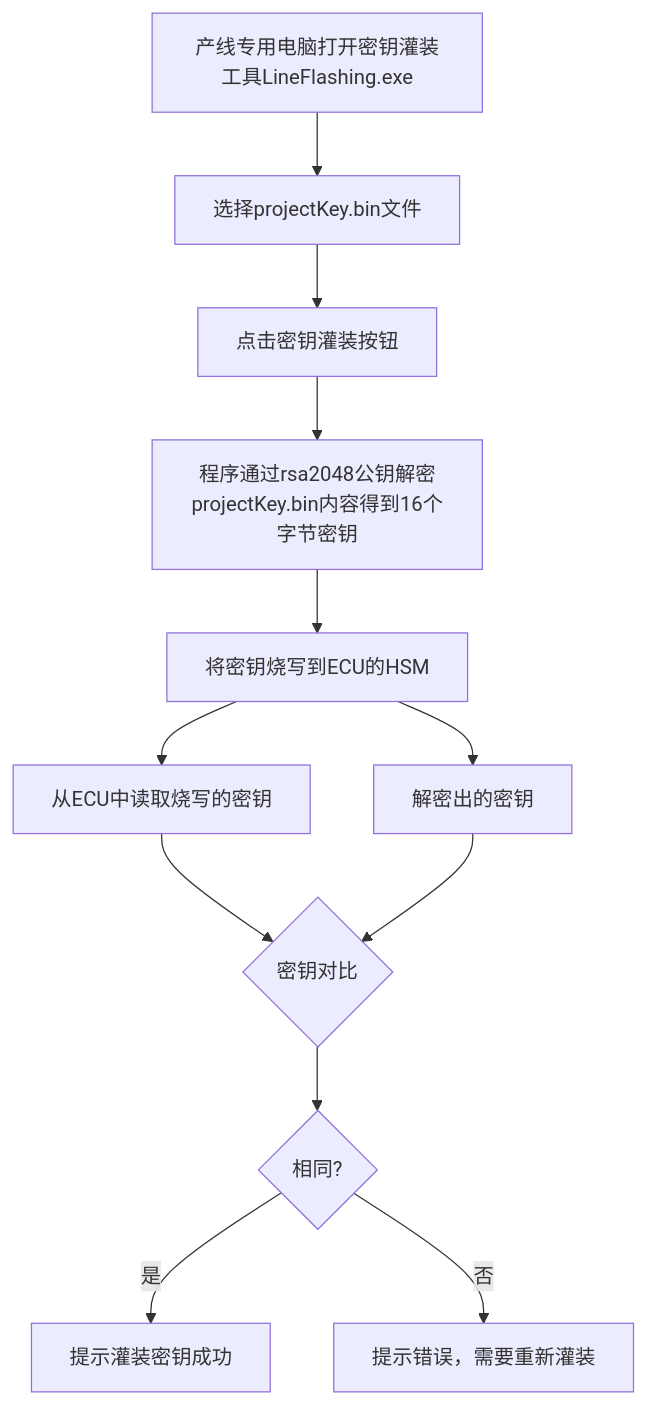
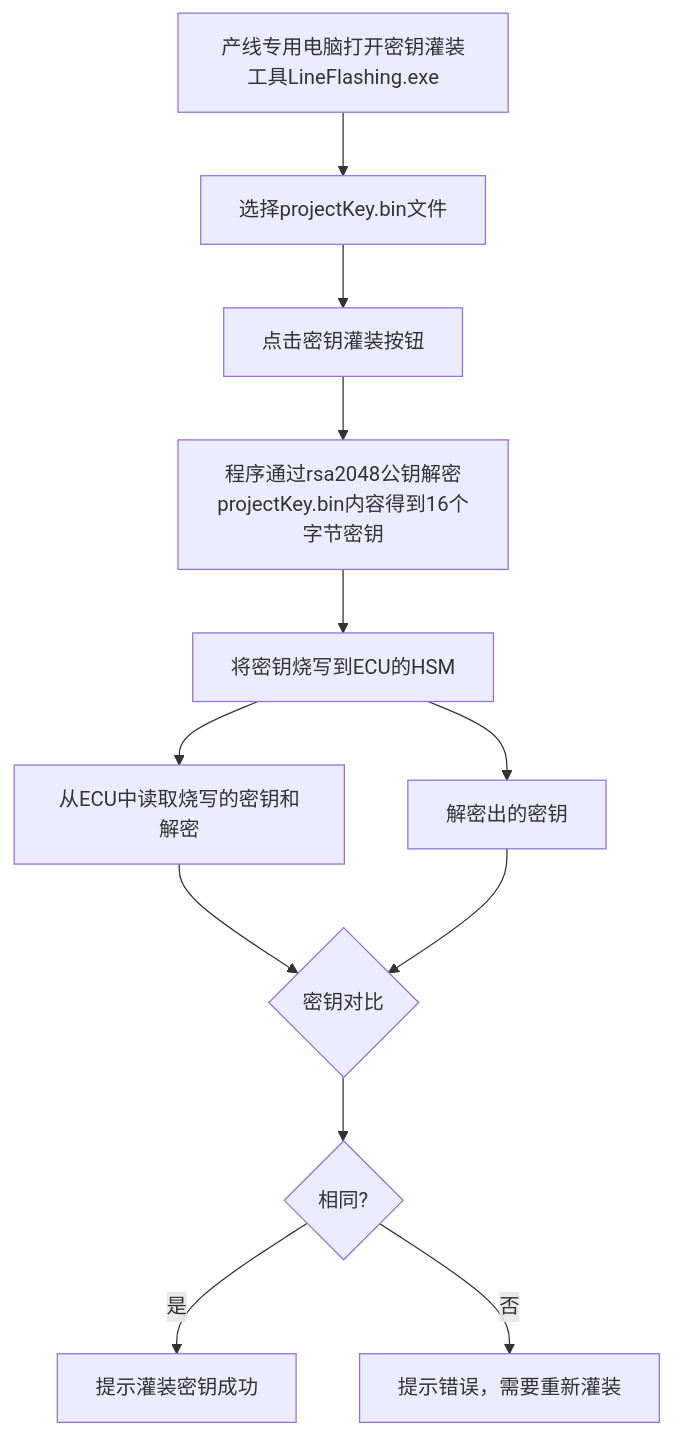
One commit to facebook-cloud/iodraw-files changed the diagram in all/未命名-5.md. Above: the diagram before and after it, drawn with Mermaid.

Commit message:
2026-01-05 17:32:37 update

````diff
--- a/all/未命名-5.md
+++ b/all/未命名-5.md
@@ -1,15 +1,15 @@
 ```mermaid
 graph TD
     A[产线专用电脑打开密钥灌装工具LineFlashing.exe] --> B[选择projectKey.bin文件]
     B --> C[点击密钥灌装按钮]
     C --> E[程序通过rsa2048公钥解密projectKey.bin内容得到16个字节密钥]
     E --> F[将密钥烧写到ECU的HSM]
-    F --> G[从ECU中读取烧写的密钥]
+    F --> G[从ECU中读取烧写的密钥和解密]
     F --> H[解密出的密钥]
     G --> I{密钥对比}
     H --> I
     I --> J{相同?}
     J -- 是 --> K[提示灌装密钥成功]
     J -- 否 --> L[提示错误，需要重新灌装]
 
 ```
````
